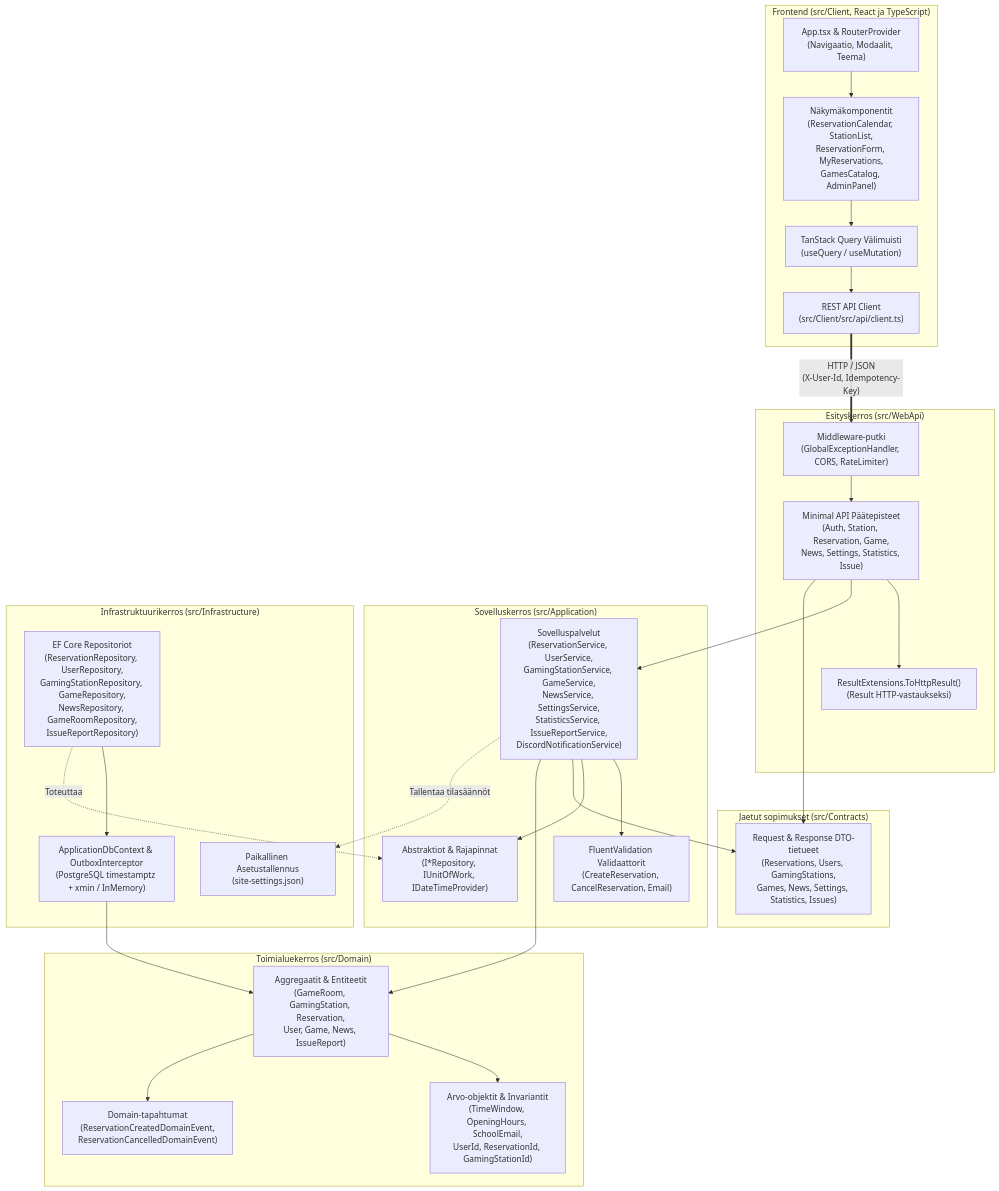
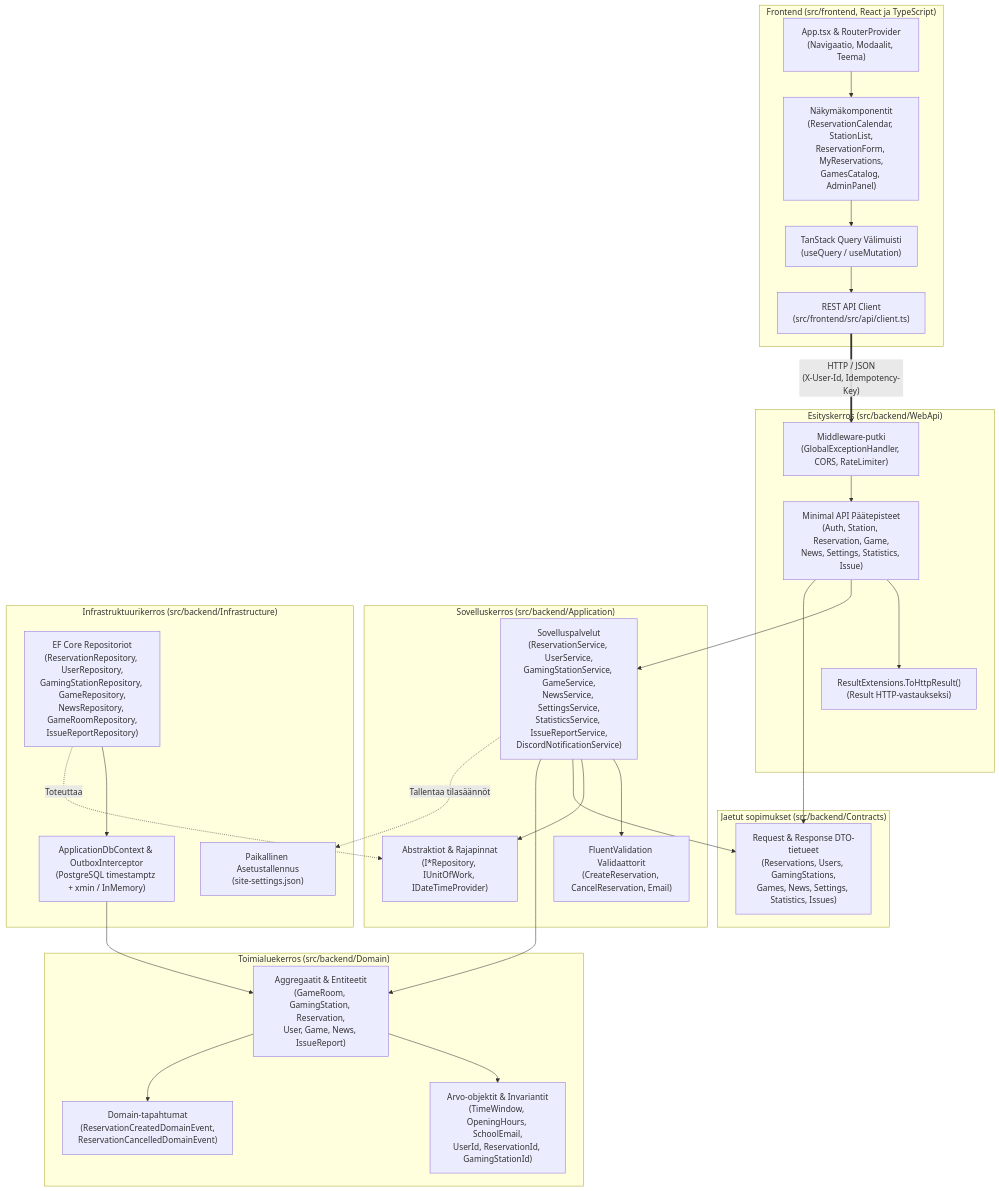
The first of 6 diagrams in Docs/FULLSTACK_SPECS_AND_MAP.md (Jone81/pelihuonevaraus), drawn with Mermaid before and after one commit. The commit also changed other lines of this file and 17 other files, not shown here.

````diff
--- a/Docs/FULLSTACK_SPECS_AND_MAP.md
+++ b/Docs/FULLSTACK_SPECS_AND_MAP.md
@@ -27,61 +27,61 @@
 ```mermaid
 flowchart TB
-    subgraph Client ["Frontend (src/Client, React ja TypeScript)"]
+    subgraph Client ["Frontend (src/frontend, React ja TypeScript)"]
         UI_App["App.tsx & RouterProvider\n(Navigaatio, Modaalit, Teema)"]
         UI_Comp["Näkymäkomponentit\n(ReservationCalendar, StationList,\nReservationForm, MyReservations,\nGamesCatalog, AdminPanel)"]
         UI_Query["TanStack Query Välimuisti\n(useQuery / useMutation)"]
-        UI_Api["REST API Client\n(src/Client/src/api/client.ts)"]
+        UI_Api["REST API Client\n(src/frontend/src/api/client.ts)"]
         
         UI_App --> UI_Comp
         UI_Comp --> UI_Query
         UI_Query --> UI_Api
     end
 
-    subgraph WebApi ["Esityskerros (src/WebApi)"]
+    subgraph WebApi ["Esityskerros (src/backend/WebApi)"]
         MW["Middleware-putki\n(GlobalExceptionHandler, CORS, RateLimiter)"]
         EP["Minimal API Päätepisteet\n(Auth, Station, Reservation, Game,\nNews, Settings, Statistics, Issue)"]
         RES["ResultExtensions.ToHttpResult()\n(Result<T> HTTP-vastaukseksi)"]
         
         MW --> EP
         EP --> RES
     end
 
-    subgraph Contracts ["Jaetut sopimukset (src/Contracts)"]
+    subgraph Contracts ["Jaetut sopimukset (src/backend/Contracts)"]
         DTO["Request & Response DTO-tietueet\n(Reservations, Users, GamingStations,\nGames, News, Settings, Statistics, Issues)"]
     end
 
-    subgraph Application ["Sovelluskerros (src/Application)"]
+    subgraph Application ["Sovelluskerros (src/backend/Application)"]
         VAL["FluentValidation Validaattorit\n(CreateReservation, CancelReservation, Email)"]
         SVC["Sovelluspalvelut\n(ReservationService, UserService,\nGamingStationService, GameService,\nNewsService, SettingsService,\nStatisticsService, IssueReportService,\nDiscordNotificationService)"]
         ABS["Abstraktiot & Rajapinnat\n(I*Repository, IUnitOfWork, IDateTimeProvider)"]
         
         SVC --> VAL
         SVC --> ABS
     end
 
-    subgraph Domain ["Toimialuekerros (src/Domain)"]
+    subgraph Domain ["Toimialuekerros (src/backend/Domain)"]
         AGG["Aggregaatit & Entiteetit\n(GameRoom, GamingStation, Reservation,\nUser, Game, News, IssueReport)"]
         VO["Arvo-objektit & Invariantit\n(TimeWindow, OpeningHours, SchoolEmail,\nUserId, ReservationId, GamingStationId)"]
         EVT["Domain-tapahtumat\n(ReservationCreatedDomainEvent,\nReservationCancelledDomainEvent)"]
         
         AGG --> VO
         AGG --> EVT
     end
 
-    subgraph Infrastructure ["Infrastruktuurikerros (src/Infrastructure)"]
+    subgraph Infrastructure ["Infrastruktuurikerros (src/backend/Infrastructure)"]
         REPO["EF Core Repositoriot\n(ReservationRepository, UserRepository,\nGamingStationRepository, GameRepository,\nNewsRepository, GameRoomRepository,\nIssueReportRepository)"]
         DBC["ApplicationDbContext & OutboxInterceptor\n(PostgreSQL timestamptz + xmin / InMemory)"]
         JSON_CFG["Paikallinen Asetustallennus\n(site-settings.json)"]
         
         REPO --> DBC
     end
 
     UI_Api == "HTTP / JSON\n(X-User-Id, Idempotency-Key)" ==> MW
     EP --> SVC
     EP --> DTO
     SVC --> DTO
     SVC --> AGG
     SVC -. "Tallentaa tilasäännöt" .-> JSON_CFG
     REPO -. "Toteuttaa" .-> ABS
     DBC --> AGG
 ```
````
